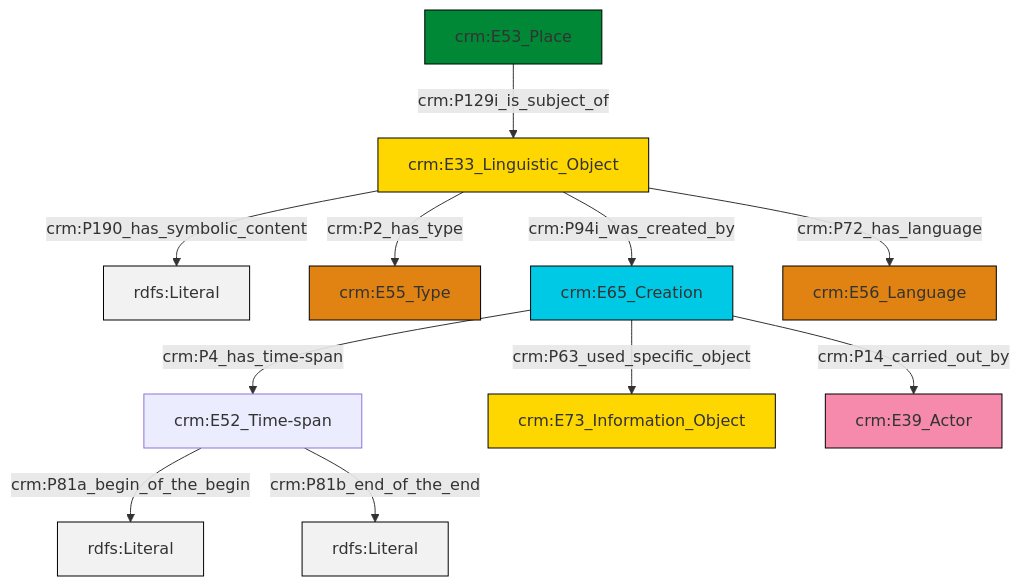
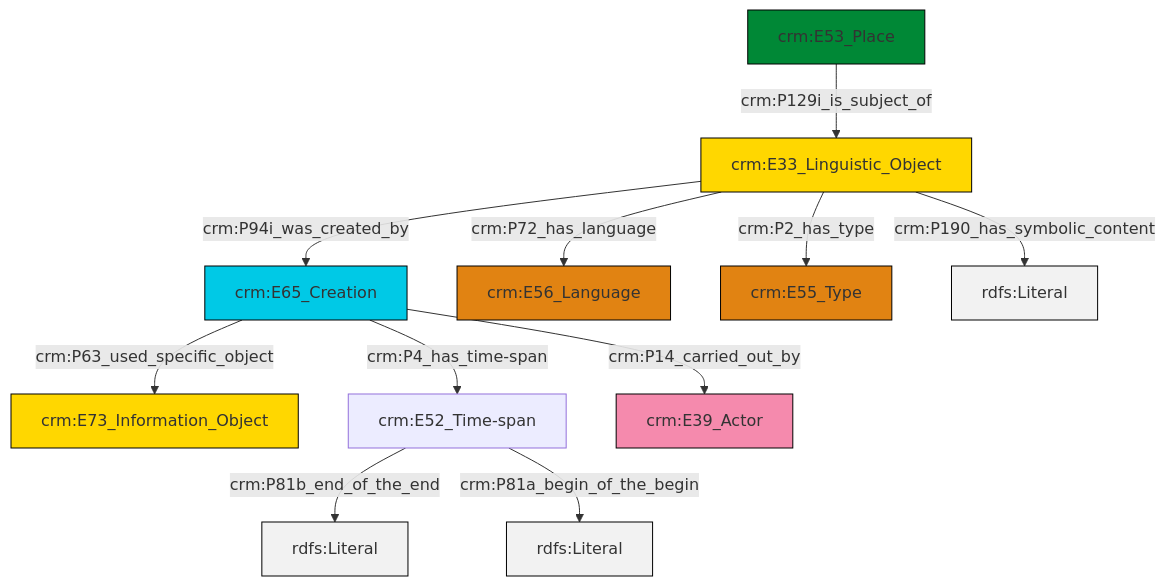
One commit to swiss-art-research-net/docs.swissartresearch changed the diagram in et/placeCSV/ttl/mmd/place_description.ttl.mmd. Above: the diagram before and after it, drawn with Mermaid. The commit also changed 183 other files, not shown here.

```diff
--- a/et/placeCSV/ttl/mmd/place_description.ttl.mmd
+++ b/et/placeCSV/ttl/mmd/place_description.ttl.mmd
@@ -1,25 +1,25 @@
 graph TD
 classDef Literal fill:#f2f2f2,stroke:#000000;
 classDef CRM_Entity fill:#FFFFFF,stroke:#000000;
 classDef Temporal_Entity fill:#00C9E6, stroke:#000000;
 classDef Type fill:#E18312, stroke:#000000;
 classDef Time-Span fill:#2C9C91, stroke:#000000;
 classDef Appellation fill:#FFEB7F, stroke:#000000;
 classDef Place fill:#008836, stroke:#000000;
 classDef Persistent_Item fill:#B266B2, stroke:#000000;
 classDef Conceptual_Object fill:#FFD700, stroke:#000000;
 classDef Physical_Thing fill:#D2B48C, stroke:#000000;
 classDef Actor fill:#f58aad, stroke:#000000;
 classDef PC_Classes fill:#4ce600, stroke:#000000;
 classDef Multi fill:#cccccc,stroke:#000000;
 
-0["crm:E33_Linguistic_Object"]:::Conceptual_Object -->|crm:P190_has_symbolic_content| 2[rdfs:Literal]:::Literal
-9["crm:E53_Place"]:::Place -->|crm:P129i_is_subject_of| 0["crm:E33_Linguistic_Object"]:::Conceptual_Object
-7["crm:E52_Time-span"]:::Default -->|crm:P81a_begin_of_the_begin| 10[rdfs:Literal]:::Literal
-5["crm:E65_Creation"]:::Temporal_Entity -->|crm:P63_used_specific_object| 11["crm:E73_Information_Object"]:::Conceptual_Object
-7["crm:E52_Time-span"]:::Default -->|crm:P81b_end_of_the_end| 13[rdfs:Literal]:::Literal
-0["crm:E33_Linguistic_Object"]:::Conceptual_Object -->|crm:P2_has_type| 3["crm:E55_Type"]:::Type
-5["crm:E65_Creation"]:::Temporal_Entity -->|crm:P14_carried_out_by| 15["crm:E39_Actor"]:::Actor
-0["crm:E33_Linguistic_Object"]:::Conceptual_Object -->|crm:P94i_was_created_by| 5["crm:E65_Creation"]:::Temporal_Entity
-0["crm:E33_Linguistic_Object"]:::Conceptual_Object -->|crm:P72_has_language| 17["crm:E56_Language"]:::Type
-5["crm:E65_Creation"]:::Temporal_Entity -->|crm:P4_has_time-span| 7["crm:E52_Time-span"]:::Default
+0["crm:E65_Creation"]:::Temporal_Entity -->|crm:P63_used_specific_object| 2["crm:E73_Information_Object"]:::Conceptual_Object
+3["crm:E52_Time-span"]:::Default -->|crm:P81b_end_of_the_end| 4[rdfs:Literal]:::Literal
+3["crm:E52_Time-span"]:::Default -->|crm:P81a_begin_of_the_begin| 9[rdfs:Literal]:::Literal
+10["crm:E33_Linguistic_Object"]:::Conceptual_Object -->|crm:P94i_was_created_by| 0["crm:E65_Creation"]:::Temporal_Entity
+11["crm:E53_Place"]:::Place -->|crm:P129i_is_subject_of| 10["crm:E33_Linguistic_Object"]:::Conceptual_Object
+0["crm:E65_Creation"]:::Temporal_Entity -->|crm:P4_has_time-span| 3["crm:E52_Time-span"]:::Default
+10["crm:E33_Linguistic_Object"]:::Conceptual_Object -->|crm:P2_has_type| 15["crm:E55_Type"]:::Type
+0["crm:E65_Creation"]:::Temporal_Entity -->|crm:P14_carried_out_by| 7["crm:E39_Actor"]:::Actor
+10["crm:E33_Linguistic_Object"]:::Conceptual_Object -->|crm:P72_has_language| 5["crm:E56_Language"]:::Type
+10["crm:E33_Linguistic_Object"]:::Conceptual_Object -->|crm:P190_has_symbolic_content| 18[rdfs:Literal]:::Literal
```
